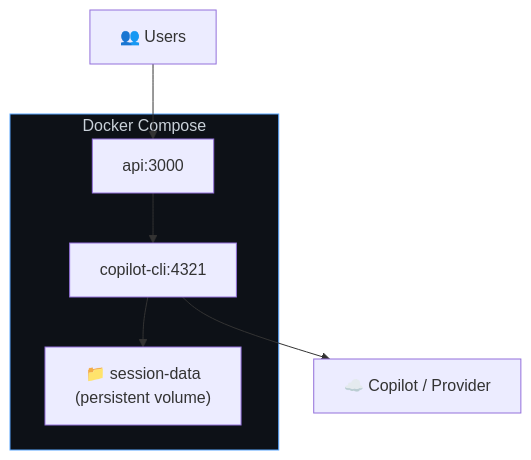
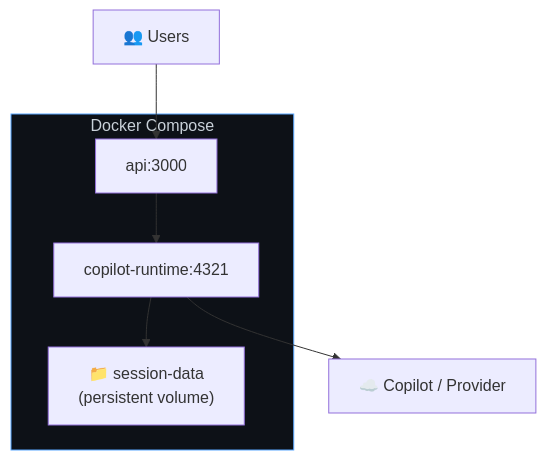
One commit to jeremiahjordanisaacson/copilot-sdk-supercharged changed the fifth of 5 diagrams in docs/setup/backend-services.md. Above: the diagram before and after it, drawn with Mermaid. The commit also changed other lines of this file and 35 other files, not shown here.

````diff
--- a/docs/setup/backend-services.md
+++ b/docs/setup/backend-services.md
@@ -662,16 +672,16 @@
 ```mermaid
 flowchart TB
     subgraph Docker["Docker Compose"]
         API["api:3000"]
-        CLI["copilot-cli:4321"]
+        Runtime["copilot-runtime:4321"]
         Vol["📁 session-data<br/>(persistent volume)"]
     end
 
     Users["👥 Users"] --> API
-    API --> CLI
-    CLI --> Vol
+    API --> Runtime
+    Runtime --> Vol
 
-    CLI --> Cloud["☁️ Copilot / Provider"]
+    Runtime --> Cloud["☁️ Copilot / Provider"]
 
     style Docker fill:#0d1117,stroke:#58a6ff,color:#c9d1d9
 ```
````
